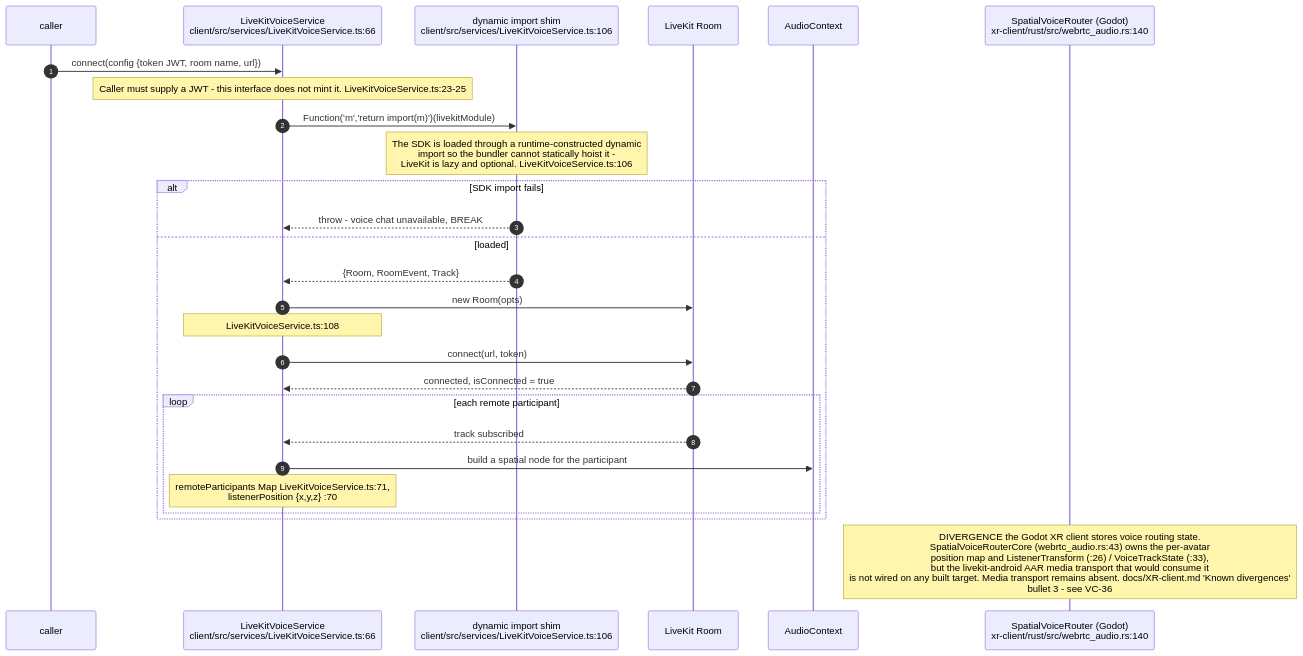
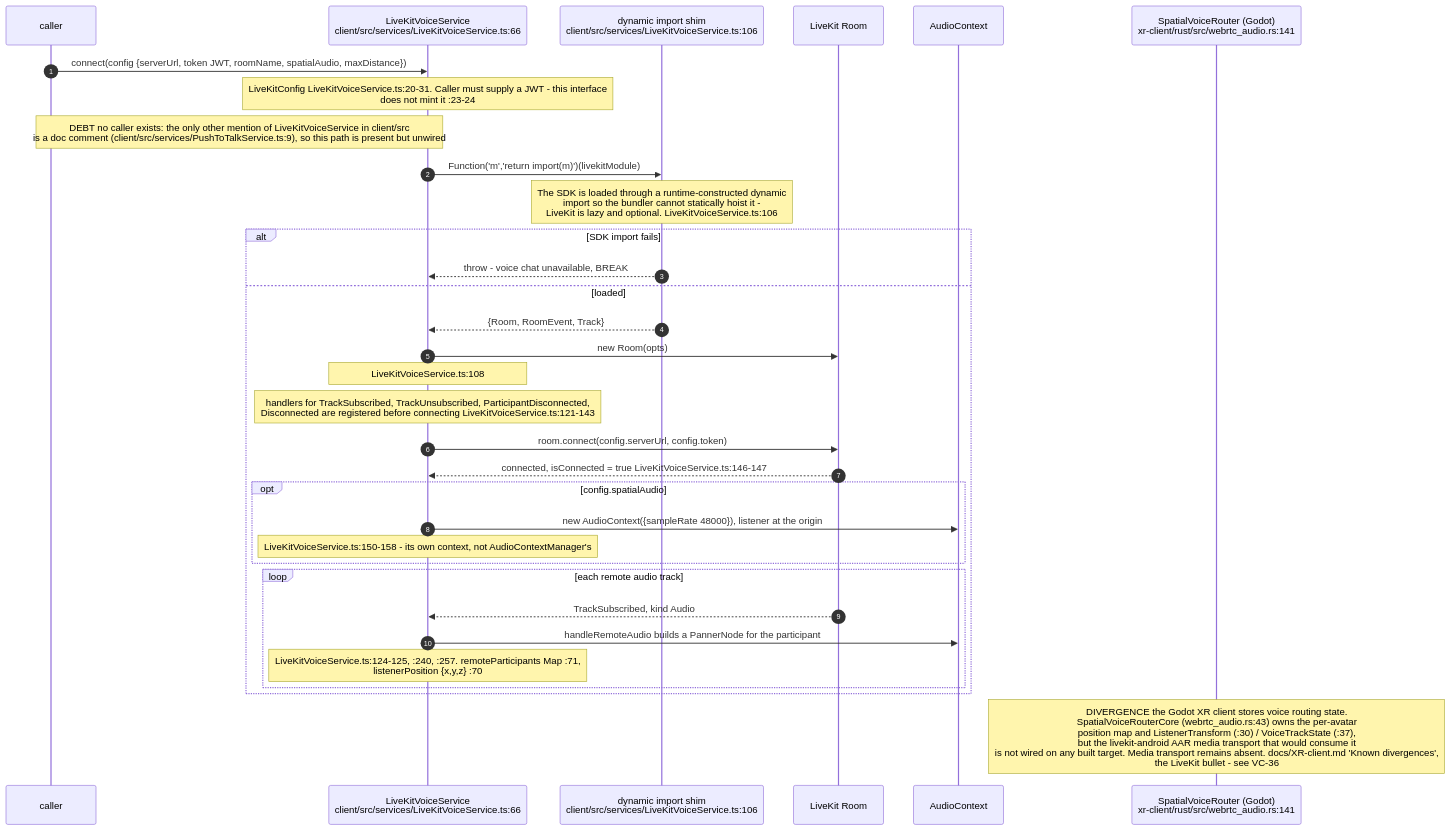
The ninth of 12 diagrams in docs/diagrams/visionclaw/35-voice-end-to-end.md (DreamLab-AI/VisionFlow), drawn with Mermaid before and after one commit. The commit also changed other lines of this file and 173 other files, not shown here.

````diff
--- a/docs/diagrams/visionclaw/35-voice-end-to-end.md
+++ b/docs/diagrams/visionclaw/35-voice-end-to-end.md
@@ -446,30 +483,36 @@
 ```mermaid
 sequenceDiagram
     autonumber
     participant UI as caller
     participant LK as LiveKitVoiceService<br/>client/src/services/LiveKitVoiceService.ts:66
     participant DI as dynamic import shim<br/>client/src/services/LiveKitVoiceService.ts:106
     participant RM as LiveKit Room
     participant AC as AudioContext
-    participant XR as SpatialVoiceRouter (Godot)<br/>xr-client/rust/src/webrtc_audio.rs:140
+    participant XR as SpatialVoiceRouter (Godot)<br/>xr-client/rust/src/webrtc_audio.rs:141
 
-    UI->>LK: connect(config {token JWT, room name, url})
-    Note over LK: Caller must supply a JWT - this interface does not mint it. LiveKitVoiceService.ts:23-25
+    UI->>LK: connect(config {serverUrl, token JWT, roomName, spatialAudio, maxDistance})
+    Note over LK: LiveKitConfig LiveKitVoiceService.ts:20-31. Caller must supply a JWT - this interface<br/>does not mint it :23-24
+    Note over UI,LK: DEBT no caller exists: the only other mention of LiveKitVoiceService in client/src<br/>is a doc comment (client/src/services/PushToTalkService.ts:9), so this path is present but unwired
     LK->>DI: Function('m','return import(m)')(livekitModule)
     Note over DI: The SDK is loaded through a runtime-constructed dynamic<br/>import so the bundler cannot statically hoist it -<br/>LiveKit is lazy and optional. LiveKitVoiceService.ts:106
     alt SDK import fails
         DI-->>LK: throw - voice chat unavailable, BREAK
     else loaded
         DI-->>LK: {Room, RoomEvent, Track}
         LK->>RM: new Room(opts)
         Note over LK: LiveKitVoiceService.ts:108
-        LK->>RM: connect(url, token)
-        RM-->>LK: connected, isConnected = true
-        loop each remote participant
-            RM-->>LK: track subscribed
-            LK->>AC: build a spatial node for the participant
-            Note over LK: remoteParticipants Map LiveKitVoiceService.ts:71,<br/>listenerPosition {x,y,z} :70
+        Note over LK: handlers for TrackSubscribed, TrackUnsubscribed, ParticipantDisconnected,<br/>Disconnected are registered before connecting LiveKitVoiceService.ts:121-143
+        LK->>RM: room.connect(config.serverUrl, config.token)
+        RM-->>LK: connected, isConnected = true LiveKitVoiceService.ts:146-147
+        opt config.spatialAudio
+            LK->>AC: new AudioContext({sampleRate 48000}), listener at the origin
+            Note over LK: LiveKitVoiceService.ts:150-158 - its own context, not AudioContextManager's
+        end
+        loop each remote audio track
+            RM-->>LK: TrackSubscribed, kind Audio
+            LK->>AC: handleRemoteAudio builds a PannerNode for the participant
+            Note over LK: LiveKitVoiceService.ts:124-125, :240, :257. remoteParticipants Map :71,<br/>listenerPosition {x,y,z} :70
         end
     end
-    Note over XR: DIVERGENCE the Godot XR client stores voice routing state.<br/>SpatialVoiceRouterCore (webrtc_audio.rs:43) owns the per-avatar<br/>position map and ListenerTransform (:26) / VoiceTrackState (:33),<br/>but the livekit-android AAR media transport that would consume it<br/>is not wired on any built target. Media transport remains absent. docs/XR-client.md 'Known divergences'<br/>bullet 3 - see VC-36
+    Note over XR: DIVERGENCE the Godot XR client stores voice routing state.<br/>SpatialVoiceRouterCore (webrtc_audio.rs:43) owns the per-avatar<br/>position map and ListenerTransform (:30) / VoiceTrackState (:37),<br/>but the livekit-android AAR media transport that would consume it<br/>is not wired on any built target. Media transport remains absent. docs/XR-client.md 'Known divergences',<br/>the LiveKit bullet - see VC-36
 ```
````
